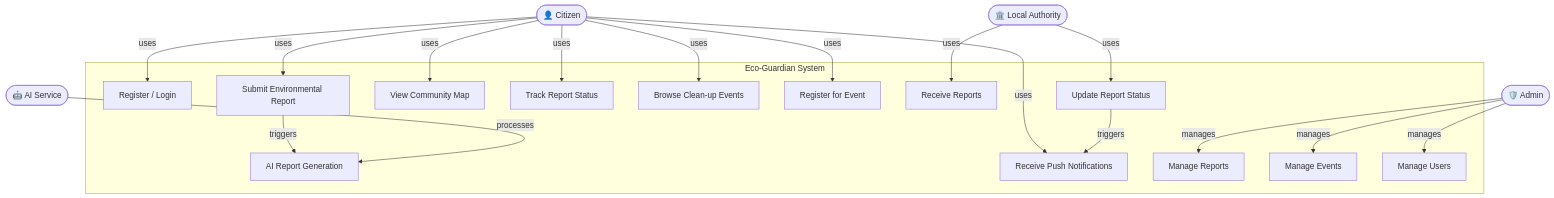
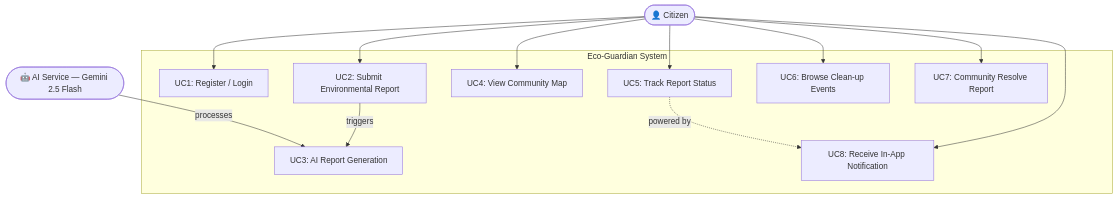
The first of 11 diagrams in App Documentation/System Analysis & Design — Eco-Guardian.md (yousef-MAjeeb/Eco-Guardian), drawn with Mermaid before and after one commit. The commit also changed other lines of this file, not shown here.

Commit message:
update: System Analysis & Design

````diff
--- a/App Documentation/System Analysis & Design — Eco-Guardian.md
+++ b/App Documentation/System Analysis & Design — Eco-Guardian.md
@@ -15,42 +20,28 @@
 ```mermaid
 graph TB
-    subgraph Eco-Guardian System
-        UC1[Register / Login]
-        UC2[Submit Environmental Report]
-        UC3[AI Report Generation]
-        UC4[View Community Map]
-        UC5[Track Report Status]
-        UC6[Browse Clean-up Events]
-        UC7[Register for Event]
-        UC8[Receive Push Notifications]
-        UC9[Manage Reports]
-        UC10[Manage Events]
-        UC11[Manage Users]
-        UC12[Receive Reports]
-        UC13[Update Report Status]
+    subgraph EcoGuardian["Eco-Guardian System"]
+        UC1["UC1: Register / Login"]
+        UC2["UC2: Submit Environmental Report"]
+        UC3["UC3: AI Report Generation"]
+        UC4["UC4: View Community Map"]
+        UC5["UC5: Track Report Status"]
+        UC6["UC6: Browse Clean-up Events"]
+        UC7["UC7: Community Resolve Report"]
+        UC8["UC8: Receive In-App Notification"]
     end
 
-    Citizen([👤 Citizen])
-    Admin([🛡️ Admin])
-    Authority([🏛️ Local Authority])
-    AIService([🤖 AI Service])
+    Citizen(["👤 Citizen"])
+    AIService(["🤖 AI Service — Gemini 2.5 Flash"])
 
-    Citizen -->|uses| UC1
-    Citizen -->|uses| UC2
-    Citizen -->|uses| UC4
-    Citizen -->|uses| UC5
-    Citizen -->|uses| UC6
-    Citizen -->|uses| UC7
-    Citizen -->|uses| UC8
+    Citizen --> UC1
+    Citizen --> UC2
+    Citizen --> UC4
+    Citizen --> UC5
+    Citizen --> UC6
+    Citizen --> UC7
+    Citizen --> UC8
 
-    UC2 -->|triggers| UC3
-    AIService -->|processes| UC3
-
-    Admin -->|manages| UC9
-    Admin -->|manages| UC10
-    Admin -->|manages| UC11
-
-    Authority -->|uses| UC12
-    Authority -->|uses| UC13
-    UC13 -->|triggers| UC8
+    UC2 -->|"triggers"| UC3
+    AIService -->|"processes"| UC3
+    UC5 -.->|"powered by"| UC8
 ```
````
